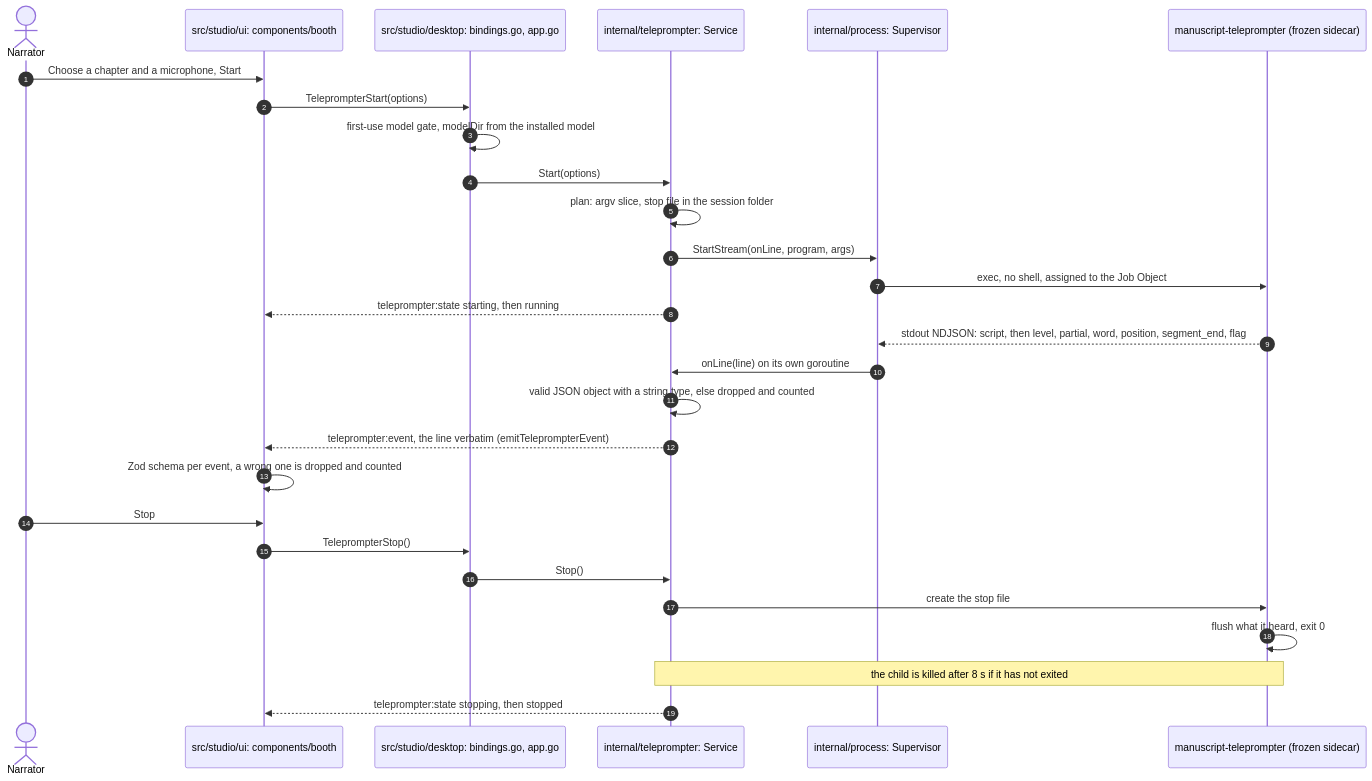
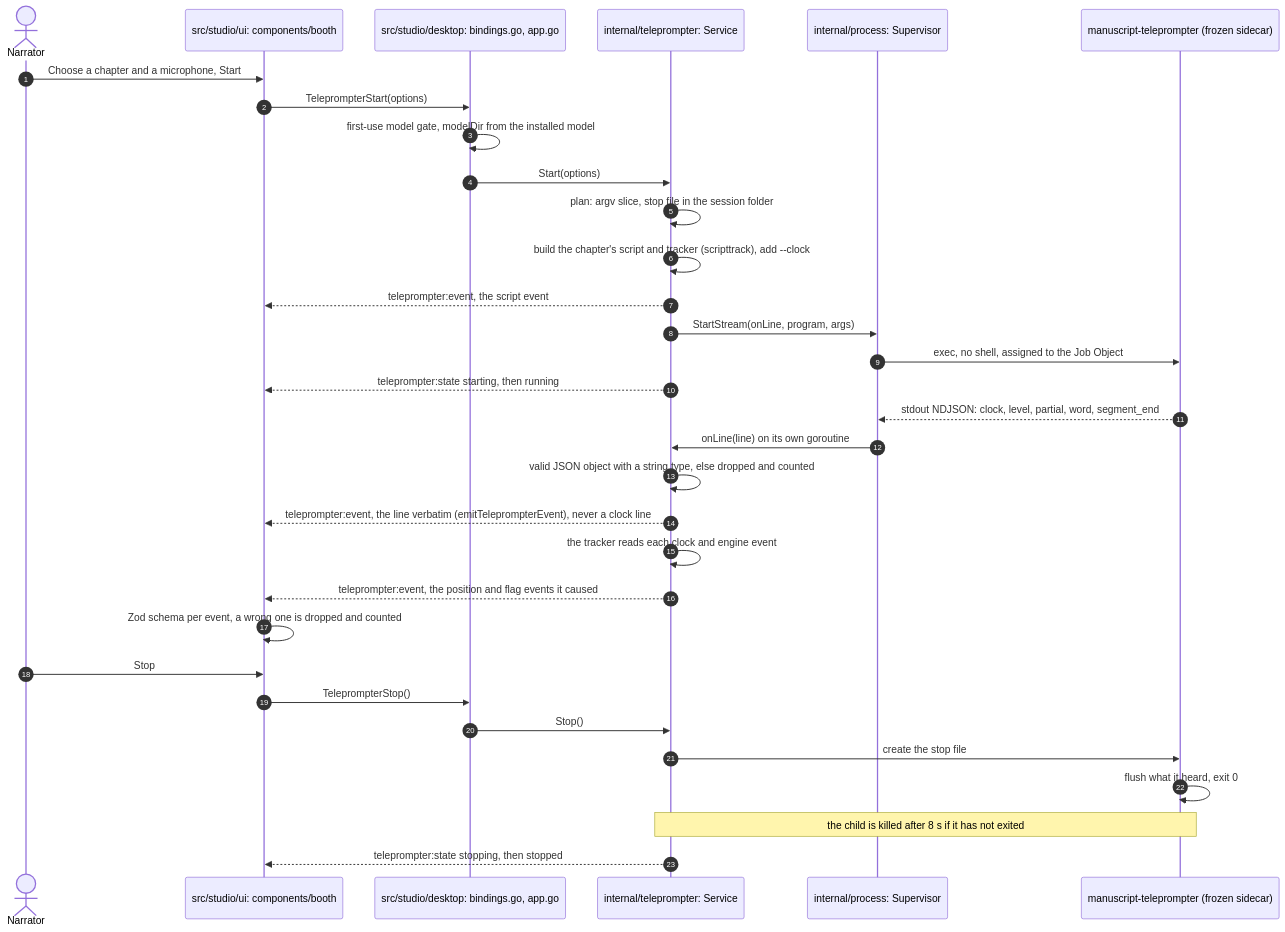
One commit to countrymanprime/narration-studio changed the diagram in docs/architecture/manuscript-teleprompter.md. Above: the diagram before and after it, drawn with Mermaid. The commit also changed other lines of this file and 10 other files, not shown here.

````diff
--- a/docs/architecture/manuscript-teleprompter.md
+++ b/docs/architecture/manuscript-teleprompter.md
@@ -293,30 +307,34 @@
 ```mermaid
 sequenceDiagram
   autonumber
   actor N as Narrator
   participant UI as src/studio/ui: components/booth
   participant B as src/studio/desktop: bindings.go, app.go
   participant S as internal/teleprompter: Service
   participant P as internal/process: Supervisor
   participant T as manuscript-teleprompter (frozen sidecar)
   N->>UI: Choose a chapter and a microphone, Start
   UI->>B: TeleprompterStart(options)
   B->>B: first-use model gate, modelDir from the installed model
   B->>S: Start(options)
   S->>S: plan: argv slice, stop file in the session folder
+  S->>S: build the chapter's script and tracker (scripttrack), add --clock
+  S-->>UI: teleprompter:event, the script event
   S->>P: StartStream(onLine, program, args)
   P->>T: exec, no shell, assigned to the Job Object
   S-->>UI: teleprompter:state starting, then running
-  T-->>P: stdout NDJSON: script, then level, partial, word, position, segment_end, flag
+  T-->>P: stdout NDJSON: clock, level, partial, word, segment_end
   P->>S: onLine(line) on its own goroutine
   S->>S: valid JSON object with a string type, else dropped and counted
-  S-->>UI: teleprompter:event, the line verbatim (emitTeleprompterEvent)
+  S-->>UI: teleprompter:event, the line verbatim (emitTeleprompterEvent), never a clock line
+  S->>S: the tracker reads each clock and engine event
+  S-->>UI: teleprompter:event, the position and flag events it caused
   UI->>UI: Zod schema per event, a wrong one is dropped and counted
   N->>UI: Stop
   UI->>B: TeleprompterStop()
   B->>S: Stop()
   S->>T: create the stop file
   T->>T: flush what it heard, exit 0
   Note over S,T: the child is killed after 8 s if it has not exited
   S-->>UI: teleprompter:state stopping, then stopped
 ```
````
